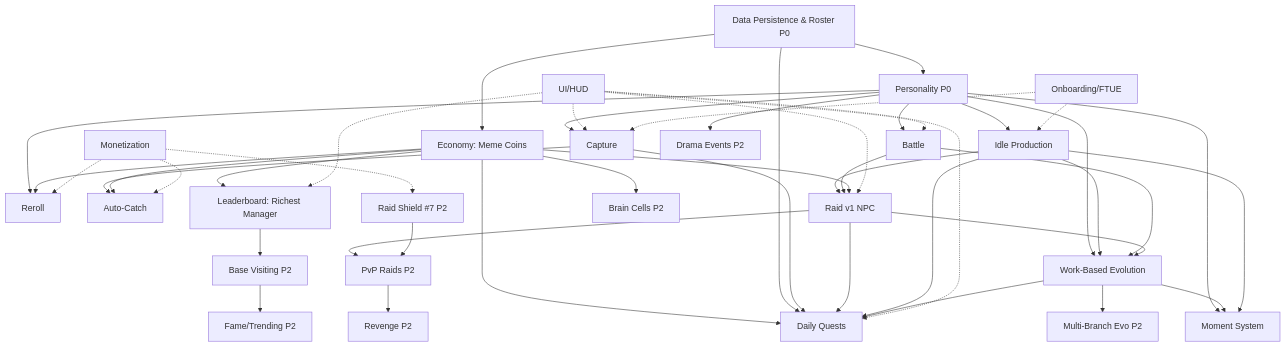
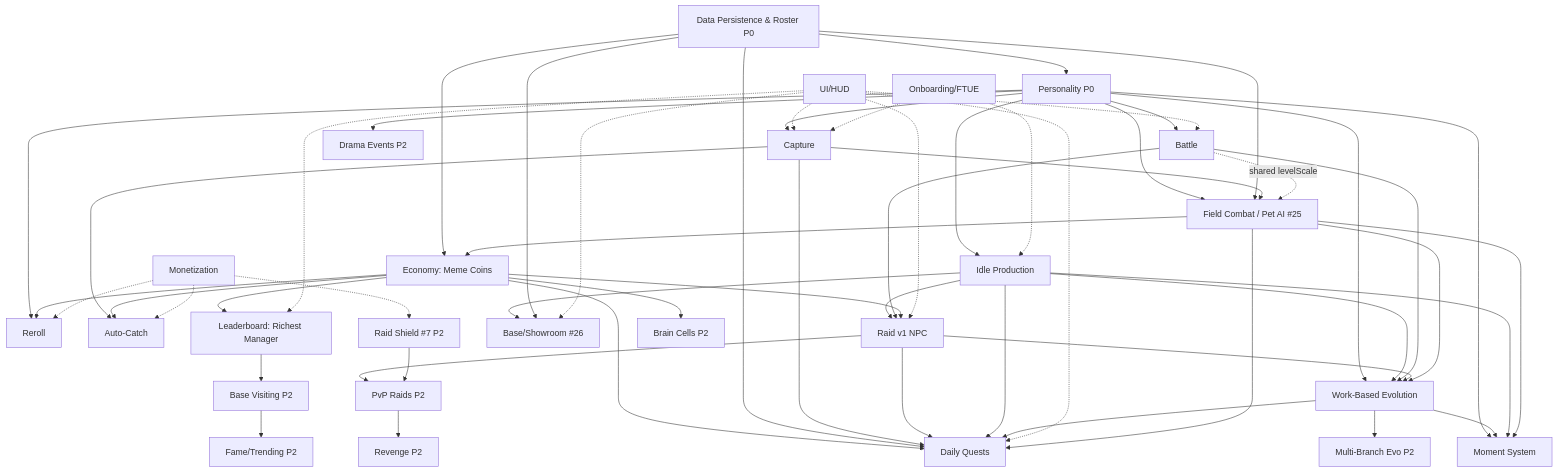
The diagram in design/gdd/systems-index.md (parlement-studio/games), drawn with Mermaid before and after one commit. The commit also changed other lines of this file, not shown here.

First line of the commit message:
docs(systems-index): Phase A scope reconciliation — add #25 Pet AI, #26 Showroom

````diff
--- a/design/gdd/systems-index.md
+++ b/design/gdd/systems-index.md
@@ -302,49 +351,64 @@
 ```mermaid
 graph TD
     DP[Data Persistence & Roster P0] --> PS[Personality P0]
     DP --> ECON[Economy: Meme Coins]
     PS --> CAP[Capture]
     PS --> IDLE[Idle Production]
     PS --> BAT[Battle]
     PS --> RR[Reroll]
     PS --> EVO[Work-Based Evolution]
     PS --> MOM[Moment System]
     CAP --> AC[Auto-Catch]
     IDLE --> RAID[Raid v1 NPC]
     BAT --> RAID
     ECON --> RAID
     ECON --> RR
     ECON --> AC
     ECON --> LB[Leaderboard: Richest Manager]
     IDLE --> EVO
     BAT --> EVO
     RAID --> EVO
     EVO --> MOM
     IDLE --> MOM
     UI[UI/HUD] -.-> CAP
     UI -.-> BAT
     UI -.-> RAID
     UI -.-> LB
     FTUE[Onboarding/FTUE] -.-> CAP
     FTUE -.-> IDLE
     MON[Monetization] -.-> AC
     MON -.-> RR
 
     ECON --> DQ[Daily Quests]
     DP --> DQ
     CAP --> DQ
     RAID --> DQ
     IDLE --> DQ
     EVO --> DQ
     UI -.-> DQ
 
+    %% #25 Field Combat / Pet AI (MVP, demo-validated)
+    PS --> PETAI[Field Combat / Pet AI #25]
+    DP --> PETAI
+    CAP --> PETAI
+    BAT -. shared levelScale .-> PETAI
+    PETAI --> ECON
+    PETAI --> EVO
+    PETAI --> MOM
+    PETAI --> DQ
+
+    %% #26 Base / Showroom Spatial Layer (MVP, demo-validated)
+    IDLE --> SHOW[Base/Showroom #26]
+    DP --> SHOW
+    UI -.-> SHOW
+
     RAID --> PVP[PvP Raids P2]
     SHIELD[Raid Shield #7 P2] --> PVP
     MON -.-> SHIELD
     PVP --> REV[Revenge P2]
     EVO --> MBE[Multi-Branch Evo P2]
     ECON --> BC[Brain Cells P2]
     LB --> BV[Base Visiting P2]
     BV --> FAME[Fame/Trending P2]
     PS --> DRAMA[Drama Events P2]
 ```
````
